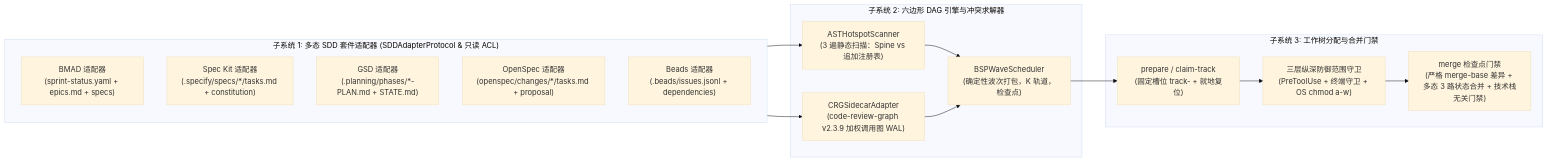
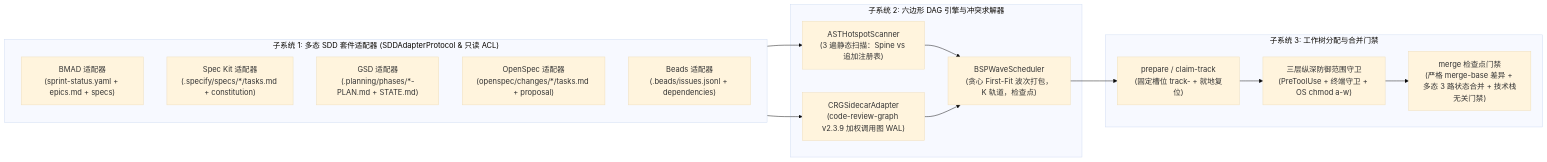
The diagram in docs/i18n/zh-CN/ARCHITECTURE.md (stopActingSoSmall/sdd-parallel), drawn with Mermaid (base theme) before and after one commit. The commit also changed other lines of this file and 31 other files, not shown here.

````diff
--- a/docs/i18n/zh-CN/ARCHITECTURE.md
+++ b/docs/i18n/zh-CN/ARCHITECTURE.md
@@ -23,27 +23,27 @@
 ```mermaid
 flowchart LR
     subgraph Adapters["子系统 1: 多态 SDD 套件适配器 (SDDAdapterProtocol & 只读 ACL)"]
         A1["BMAD 适配器\n(sprint-status.yaml + epics.md + specs)"]
         A2["Spec Kit 适配器\n(.specify/specs/*/tasks.md + constitution)"]
         A3["GSD 适配器\n(.planning/phases/*-PLAN.md + STATE.md)"]
         A4["OpenSpec 适配器\n(openspec/changes/*/tasks.md + proposal)"]
         A5["Beads 适配器\n(.beads/issues.jsonl + dependencies)"]
     end
 
     subgraph Engine["子系统 2: 六边形 DAG 引擎与冲突求解器"]
         E1["ASTHotspotScanner\n(3 遍静态扫描：Spine vs 追加注册表)"]
         E2["CRGSidecarAdapter\n(code-review-graph v2.3.9 加权调用图 WAL)"]
-        E3["BSPWaveScheduler\n(确定性波次打包，K 轨道，检查点)"]
+        E3["BSPWaveScheduler\n(贪心 First-Fit 波次打包，K 轨道，检查点)"]
     end
 
     subgraph Actuation["子系统 3: 工作树分配与合并门禁"]
         W1["prepare / claim-track\n(固定槽位 track-<id> + 就地复位)"]
         W2["三层纵深防御范围守卫\n(PreToolUse + 终端守卫 + OS chmod a-w)"]
         W3["merge 检查点门禁\n(严格 merge-base 差异 + 多态 3 路状态合并 + 技术栈无关门禁)"]
     end
 
     Adapters --> E1 & E2
     E1 & E2 --> E3
     E3 --> W1
     W1 --> W2 --> W3
 ```
````
